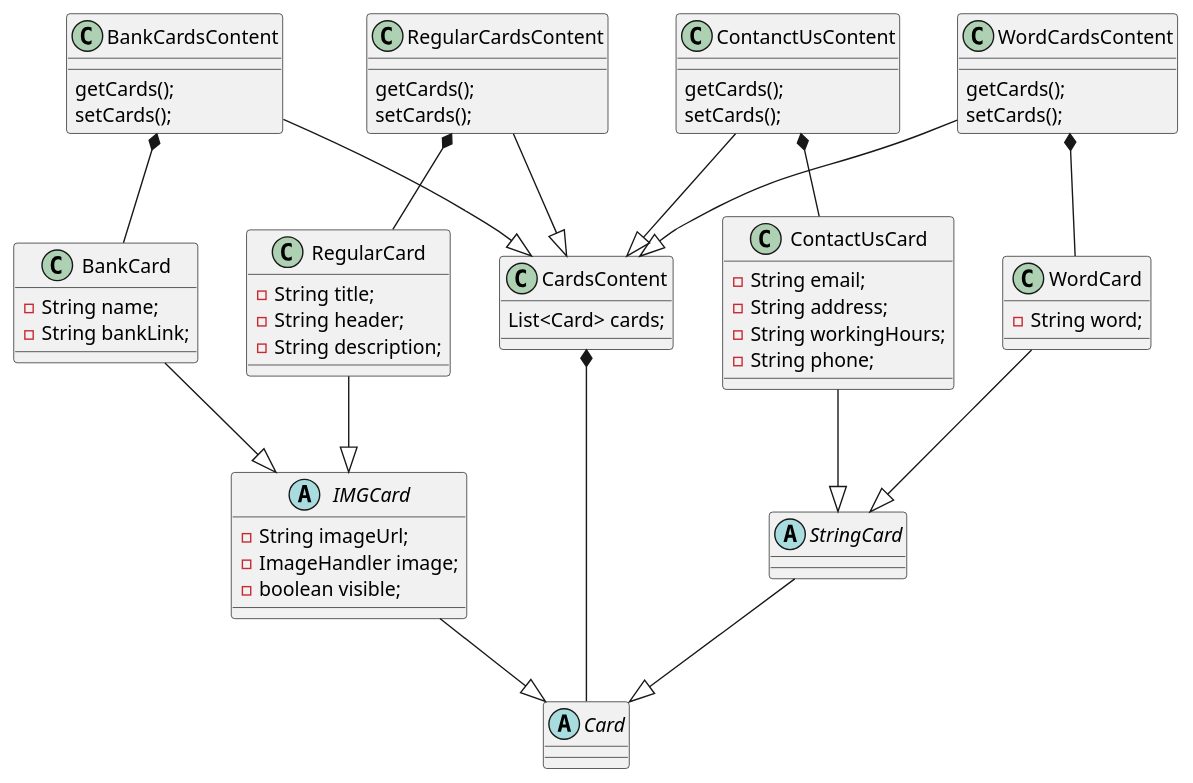
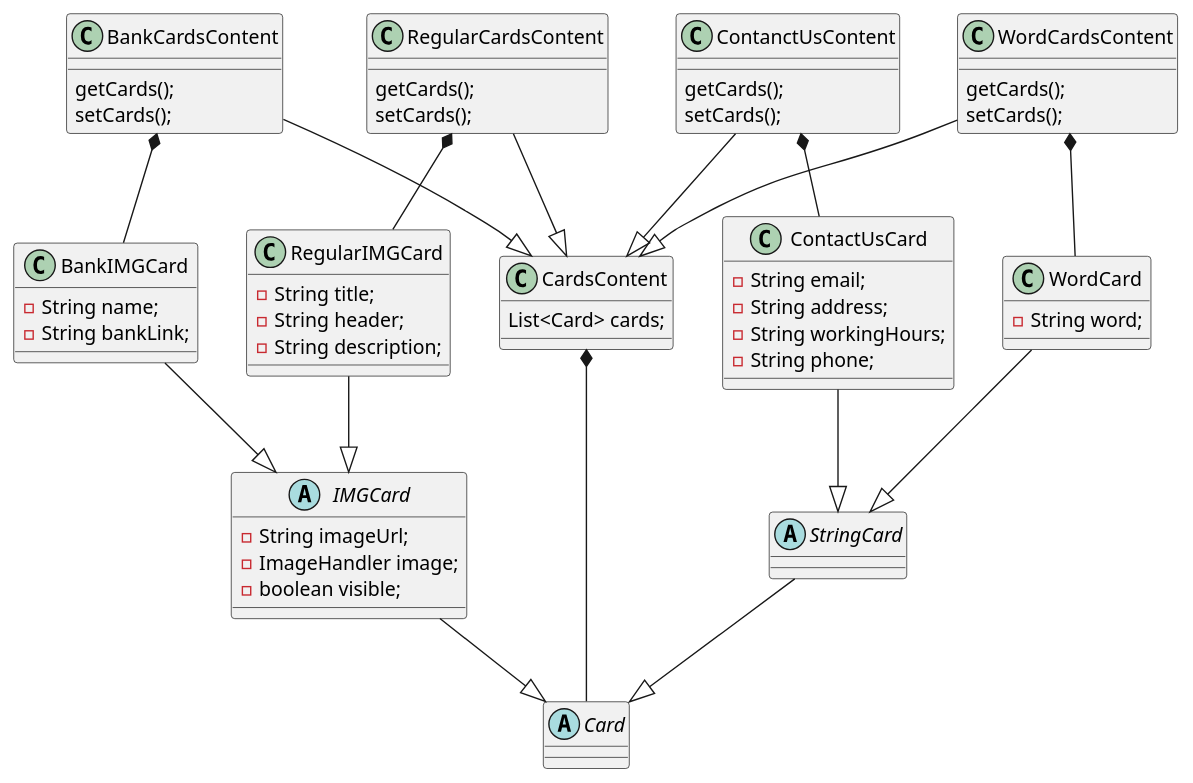
Before and after one commit to aamer867/el.waleed-api: the diagram in docs/uml/cards.puml, drawn with PlantUML. The commit also changed 4 other files, not shown here.

Commit message:
update the controllers UML

```diff
--- a/docs/uml/cards.puml
+++ b/docs/uml/cards.puml
@@ -1,87 +1,87 @@
 @startuml
 
 ' ===== Base Abstract Classes =====
 Abstract class Card {
 }
 
 Abstract class IMGCard {
     - String imageUrl;
     - ImageHandler image;
     - boolean visible;
 }
 
 Abstract class StringCard {
 }
 
 ' ===== Concrete Card Types =====
-class RegularCard {
+class RegularIMGCard {
     - String title;
     - String header;
     - String description;
 }
 
-class BankCard {
+class BankIMGCard {
     - String name;
     - String bankLink;
 }
 
 class WordCard {
     - String word;
 }
 
 class ContactUsCard {
     - String email;
     - String address;
     - String workingHours;
     - String phone;
 }
 
 ' ===== Content Containers =====
 class CardsContent {
     List<Card> cards;
 }
 
 class RegularCardsContent {
     getCards();
     setCards();
 }
 
 class BankCardsContent {
     getCards();
     setCards();
 }
 
 class WordCardsContent {
     getCards();
     setCards();
 }
 
 class ContanctUsContent {
     getCards();
     setCards();
 }
 
 ' ===== Inheritance Relationships =====
 IMGCard --|> Card
 StringCard --|> Card
 
-RegularCard --|> IMGCard
-BankCard --|> IMGCard
+RegularIMGCard --|> IMGCard
+BankIMGCard --|> IMGCard
 
 WordCard --|> StringCard
 ContactUsCard --|> StringCard
 
 BankCardsContent --|> CardsContent
 RegularCardsContent --|> CardsContent
 WordCardsContent --|> CardsContent
 ContanctUsContent --|> CardsContent
 
 ' ===== Composition Relationships =====
 CardsContent *-- Card
 
-RegularCardsContent *-- RegularCard
-BankCardsContent *-- BankCard
+RegularCardsContent *-- RegularIMGCard
+BankCardsContent *-- BankIMGCard
 WordCardsContent *-- WordCard
 ContanctUsContent *-- ContactUsCard
 
 @enduml
```
